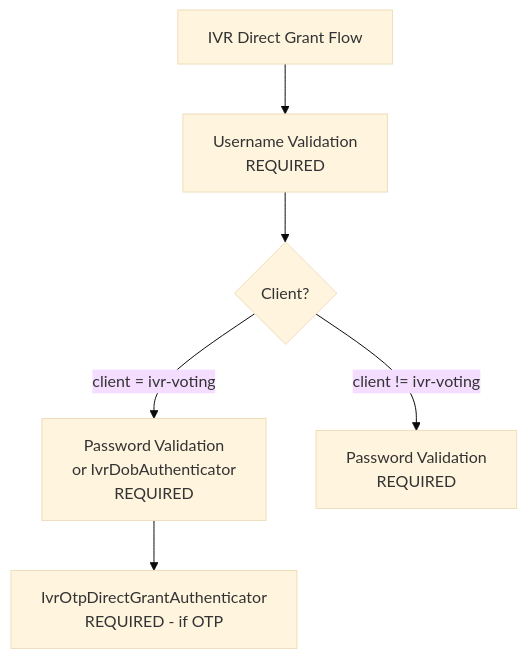
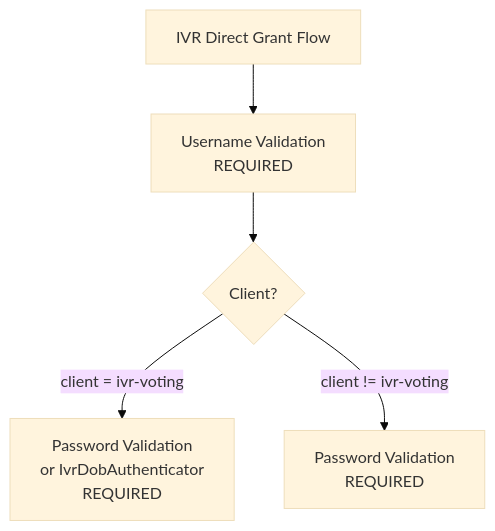
One commit to sequentech/step changed diagram 13 of 13 in docs/docusaurus/docs/07-developers/12-ivr/ivr-system-design.md. Above: the diagram before and after it, drawn with Mermaid (base theme). The commit also changed other lines of this file, not shown here.

````diff
--- a/docs/docusaurus/docs/07-developers/12-ivr/ivr-system-design.md
+++ b/docs/docusaurus/docs/07-developers/12-ivr/ivr-system-design.md
@@ -2796,8 +2890,7 @@
 ```mermaid
 flowchart TD
     A[IVR Direct Grant Flow] --> B[Username Validation<br/>REQUIRED]
     B --> C{Client?}
     C -->|client = ivr-voting| D[Password Validation<br/>or IvrDobAuthenticator<br/>REQUIRED]
-    D --> E[IvrOtpDirectGrantAuthenticator<br/>REQUIRED - if OTP]
     C -->|client != ivr-voting| F[Password Validation<br/>REQUIRED]
 ```
````
